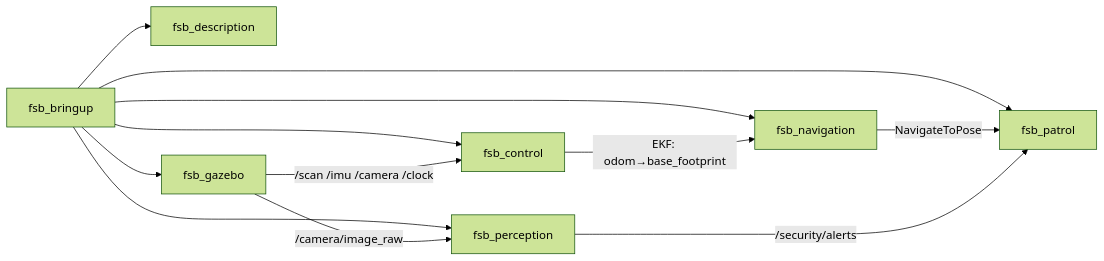
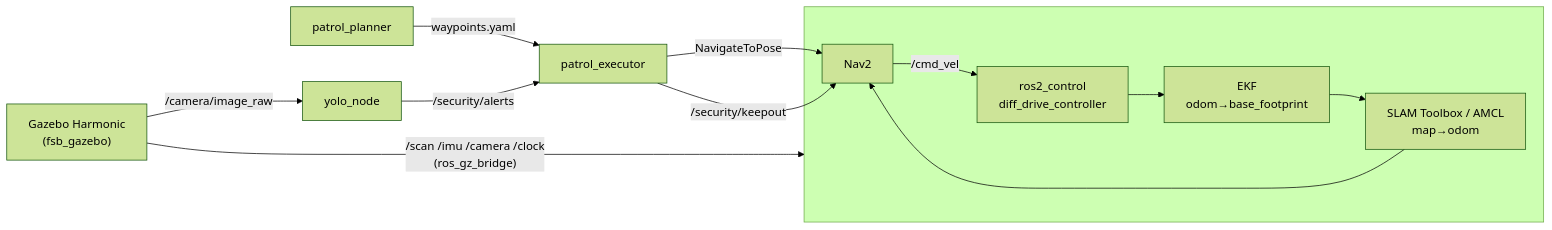
Before and after one commit to sinann-emree/factory_security_bot_ws: the diagram in README.md, drawn with Mermaid (forest theme). The commit also changed other lines of this file and 5 other files, not shown here.

````diff
--- a/README.md
+++ b/README.md
@@ -178,14 +54,15 @@
 ```mermaid
 flowchart LR
-    bringup[fsb_bringup] --> desc[fsb_description]
-    bringup --> gz[fsb_gazebo]
-    bringup --> ctrl[fsb_control]
-    bringup --> nav[fsb_navigation]
-    bringup --> patrol[fsb_patrol]
-    gz -- "/scan /imu /camera /clock" --> ctrl
-    ctrl -- "EKF: odom→base_footprint" --> nav
-    nav -- "NavigateToPose" --> patrol
-    bringup --> perc[fsb_perception]
-    gz -- "/camera/image_raw" --> perc
-    perc -- "/security/alerts" --> patrol
+    gz["Gazebo Harmonic<br/>(fsb_gazebo)"] -- "/scan /imu /camera /clock<br/>(ros_gz_bridge)" --> stack
+    subgraph stack[" "]
+        ctrl["ros2_control<br/>diff_drive_controller"] --> ekf["EKF<br/>odom→base_footprint"]
+        ekf --> loc["SLAM Toolbox / AMCL<br/>map→odom"]
+        loc --> nav["Nav2"]
+    end
+    planner["patrol_planner"] -- "waypoints.yaml" --> exec["patrol_executor"]
+    exec -- "NavigateToPose" --> nav
+    nav -- "/cmd_vel" --> ctrl
+    gz -- "/camera/image_raw" --> yolo["yolo_node"]
+    yolo -- "/security/alerts" --> exec
+    exec -- "/security/keepout" --> nav
 ```
````
